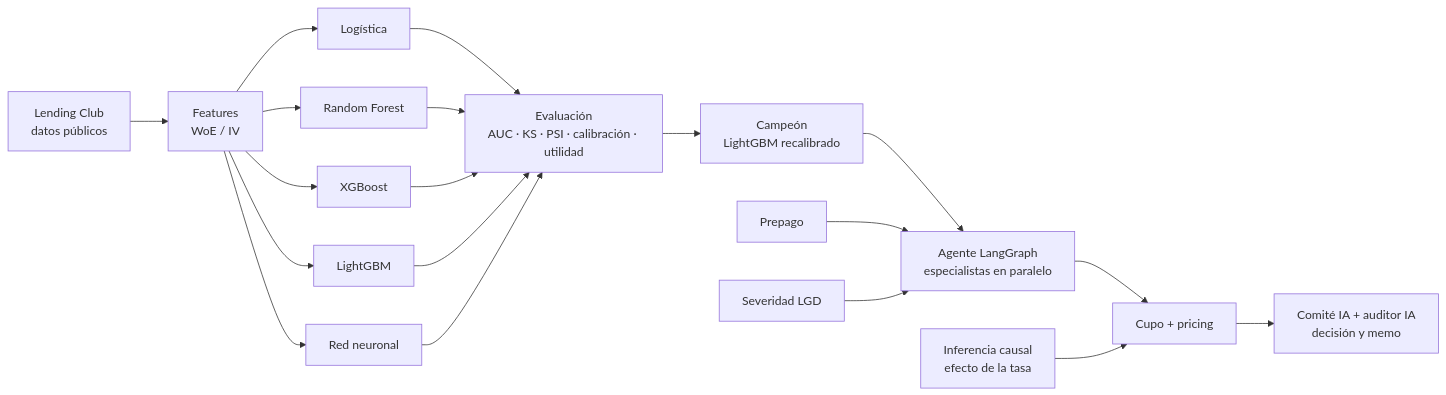
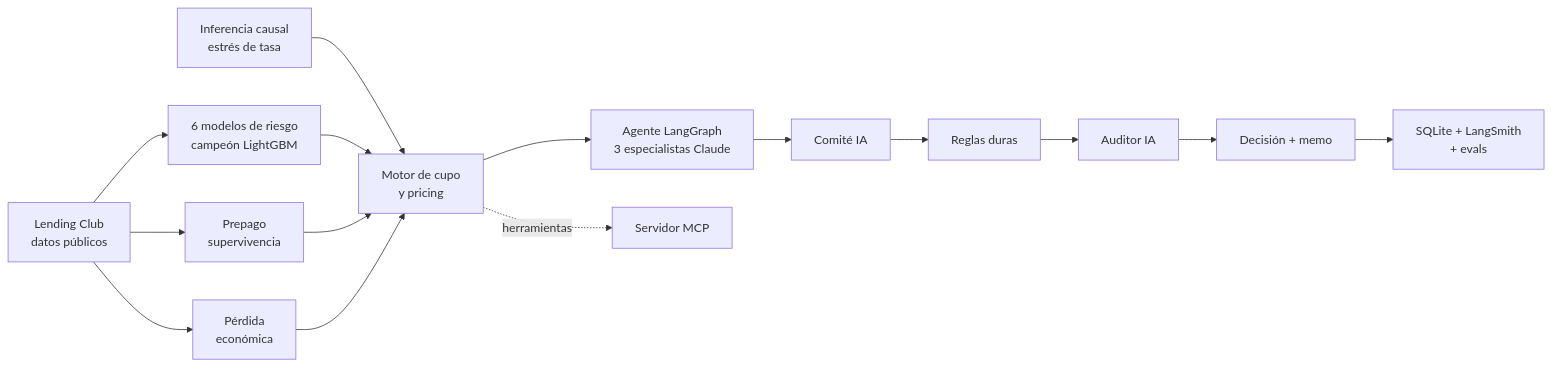
One commit to neiderolaya26/credit-risk-agent-lab changed the diagram in README.md. Above: the diagram before and after it, drawn with Mermaid. The commit also changed other lines of this file and 8 other files, not shown here.

````diff
--- a/README.md
+++ b/README.md
@@ -13,17 +24,15 @@
 ```mermaid
 flowchart LR
-    D[Lending Club<br/>datos públicos] --> F[Features<br/>WoE / IV]
-    F --> M1[Logística]
-    F --> M2[Random Forest]
-    F --> M3[XGBoost]
-    F --> M4[LightGBM]
-    F --> M5[Red neuronal]
-    M1 & M2 & M3 & M4 & M5 --> E[Evaluación<br/>AUC · KS · PSI · calibración · utilidad]
-    E --> C[Campeón<br/>LightGBM recalibrado]
-    C --> A[Agente LangGraph<br/>especialistas en paralelo]
-    PP[Prepago] --> A
-    L[Severidad LGD] --> A
-    A --> CU[Cupo + pricing]
-    IC[Inferencia causal<br/>efecto de la tasa] --> CU
-    CU --> H[Comité IA + auditor IA<br/>decisión y memo]
+    D[Lending Club<br/>datos públicos] --> M[6 modelos de riesgo<br/>campeón LightGBM]
+    D --> PP[Prepago<br/>supervivencia]
+    D --> L[Pérdida<br/>económica]
+    IC[Inferencia causal<br/>estrés de tasa] --> CU
+    M & PP & L --> CU[Motor de cupo<br/>y pricing]
+    CU --> ESP[Agente LangGraph<br/>3 especialistas Claude]
+    ESP --> CO[Comité IA]
+    CO --> RD[Reglas duras]
+    RD --> AU[Auditor IA]
+    AU --> DEC[Decisión + memo]
+    CU -. herramientas .-> MCP[Servidor MCP]
+    DEC --> REG[SQLite + LangSmith<br/>+ evals]
 ```
````
